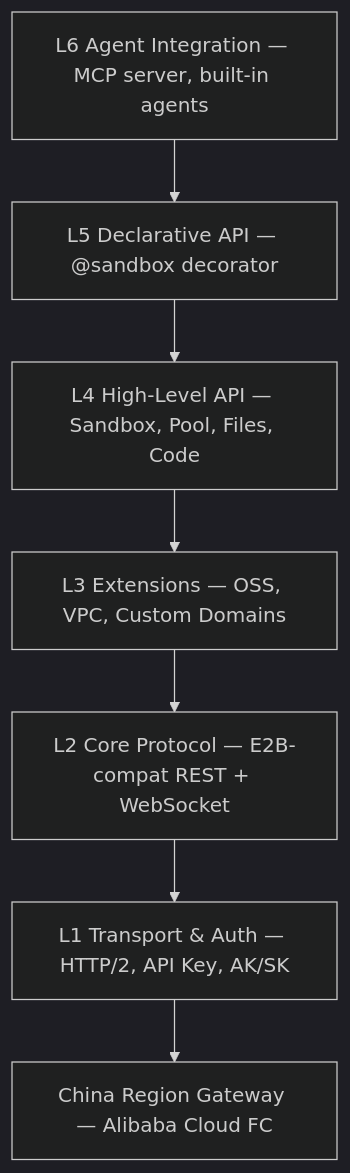
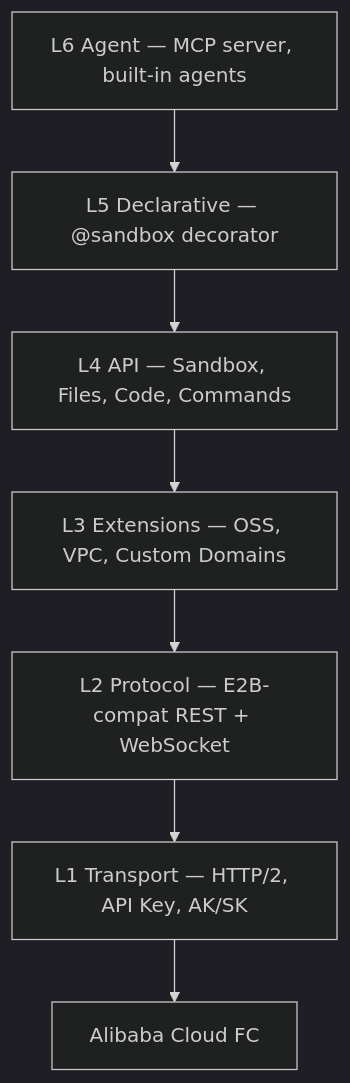
One commit to Easy-Sandbox/easy-sandbox changed the diagram in README.md. Above: the diagram before and after it, drawn with Mermaid (dark theme). The commit also changed other lines of this file and 357 other files, not shown here.

````diff
--- a/README.md
+++ b/README.md
@@ -131,12 +171,12 @@
 ```mermaid
 graph TB
-    L6["L6 Agent Integration — MCP server, built-in agents"]
-    L5["L5 Declarative API — @sandbox decorator"]
-    L4["L4 High-Level API — Sandbox, Pool, Files, Code"]
+    L6["L6 Agent — MCP server, built-in agents"]
+    L5["L5 Declarative — @sandbox decorator"]
+    L4["L4 API — Sandbox, Files, Code, Commands"]
     L3["L3 Extensions — OSS, VPC, Custom Domains"]
-    L2["L2 Core Protocol — E2B-compat REST + WebSocket"]
-    L1["L1 Transport & Auth — HTTP/2, API Key, AK/SK"]
-    GW["China Region Gateway — Alibaba Cloud FC"]
+    L2["L2 Protocol — E2B-compat REST + WebSocket"]
+    L1["L1 Transport — HTTP/2, API Key, AK/SK"]
+    GW["Alibaba Cloud FC"]
 
     L6 --> L5 --> L4 --> L3 --> L2 --> L1 --> GW
 ```
````
